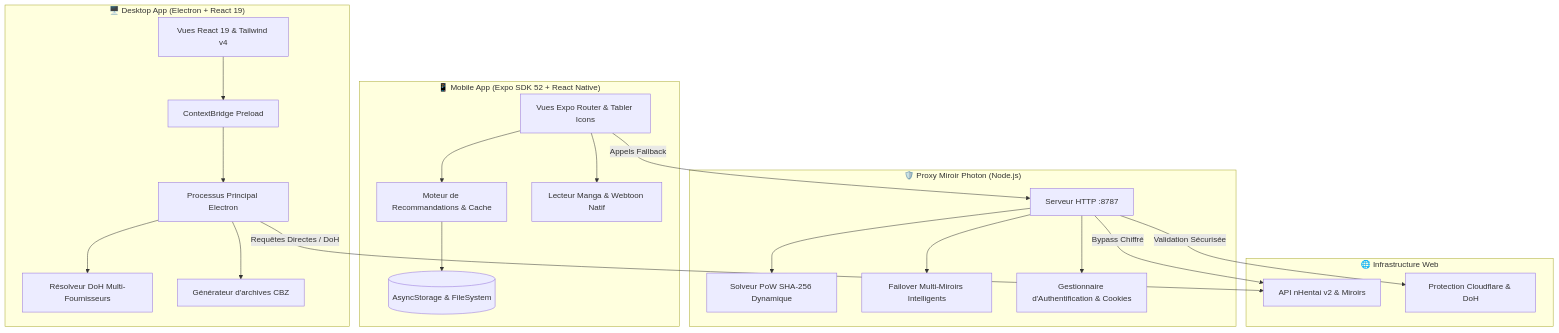
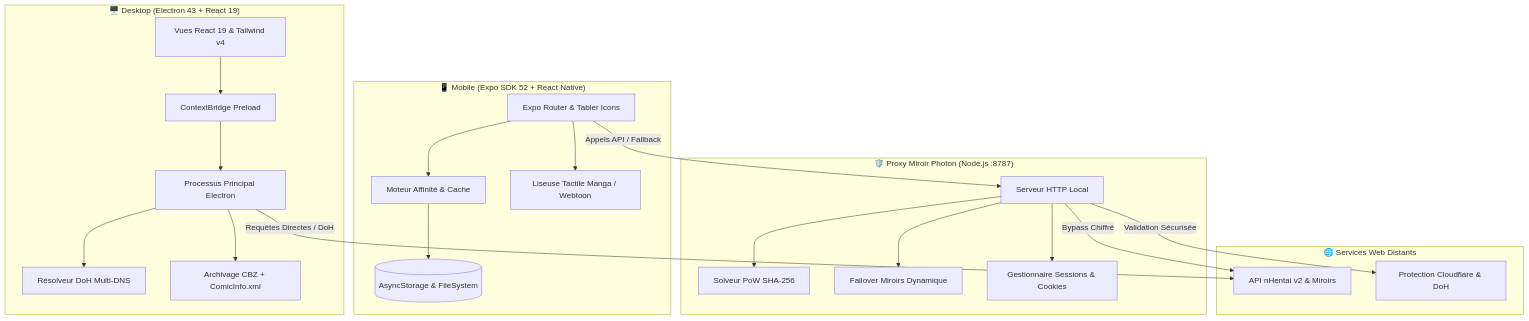
One commit to itsnazzym/yomu-reader changed the diagram in README.md. Above: the diagram before and after it, drawn with Mermaid. The commit also changed other lines of this file and 120 other files, not shown here.

Commit message:
feat & refactor: ecosystem hardening, secure auth storage, proxy rate limiting and mobile optimization

````diff
--- a/README.md
+++ b/README.md
@@ -128,31 +120,31 @@
 ```mermaid
 flowchart TB
-    subgraph DesktopApp ["🖥️ Desktop App (Electron + React 19)"]
-        UI_D[Vues React 19 & Tailwind v4] --> IPC_Bridge[ContextBridge Preload]
-        IPC_Bridge --> Electron_Core[Processus Principal Electron]
-        Electron_Core --> DoH_Resolver[Résolveur DoH Multi-Fournisseurs]
-        Electron_Core --> CBZ_Archiver[Générateur d'archives CBZ]
+    subgraph DesktopApp ["🖥️ Desktop (Electron 43 + React 19)"]
+        UI_D[Vues React 19 & Tailwind v4] --> IPC[ContextBridge Preload]
+        IPC --> Core_D[Processus Principal Electron]
+        Core_D --> DoH[Résolveur DoH Multi-DNS]
+        Core_D --> CBZ[Archivage CBZ + ComicInfo.xml]
     end
 
-    subgraph MobileApp ["📱 Mobile App (Expo SDK 52 + React Native)"]
-        UI_M[Vues Expo Router & Tabler Icons] --> Engine_M[Moteur de Recommandations & Cache]
-        UI_M --> Reader_M[Lecteur Manga & Webtoon Natif]
-        Engine_M --> Mobile_Storage[(AsyncStorage & FileSystem)]
+    subgraph MobileApp ["📱 Mobile (Expo SDK 52 + React Native)"]
+        UI_M[Expo Router & Tabler Icons] --> Engine_M[Moteur Affinité & Cache]
+        UI_M --> Reader_M[Liseuse Tactile Manga / Webtoon]
+        Engine_M --> Storage_M[(AsyncStorage & FileSystem)]
     end
 
-    subgraph ProxyService ["🛡️ Proxy Miroir Photon (Node.js)"]
-        Proxy_HTTP[Serveur HTTP :8787] --> PoW_Solver[Solveur PoW SHA-256 Dynamique]
-        Proxy_HTTP --> Failover[Failover Multi-Miroirs Intelligents]
-        Proxy_HTTP --> Auth_Handler[Gestionnaire d'Authentification & Cookies]
+    subgraph ProxyService ["🛡️ Proxy Miroir Photon (Node.js :8787)"]
+        Proxy_HTTP[Serveur HTTP Local] --> PoW[Solveur PoW SHA-256]
+        Proxy_HTTP --> Failover[Failover Miroirs Dynamique]
+        Proxy_HTTP --> Auth[Gestionnaire Sessions & Cookies]
     end
 
-    subgraph RemoteServer ["🌐 Infrastructure Web"]
+    subgraph Upstream ["🌐 Services Web Distants"]
         nHentai_API["API nHentai v2 & Miroirs"]
-        Cloudflare_Security["Protection Cloudflare & DoH"]
+        Cloudflare["Protection Cloudflare & DoH"]
     end
 
-    Electron_Core -->|Requêtes Directes / DoH| nHentai_API
-    UI_M -->|Appels Fallback| Proxy_HTTP
+    Core_D -->|Requêtes Directes / DoH| nHentai_API
+    UI_M -->|Appels API / Fallback| Proxy_HTTP
     Proxy_HTTP -->|Bypass Chiffré| nHentai_API
-    Proxy_HTTP -->|Validation Sécurisée| Cloudflare_Security
+    Proxy_HTTP -->|Validation Sécurisée| Cloudflare
 ```
````
